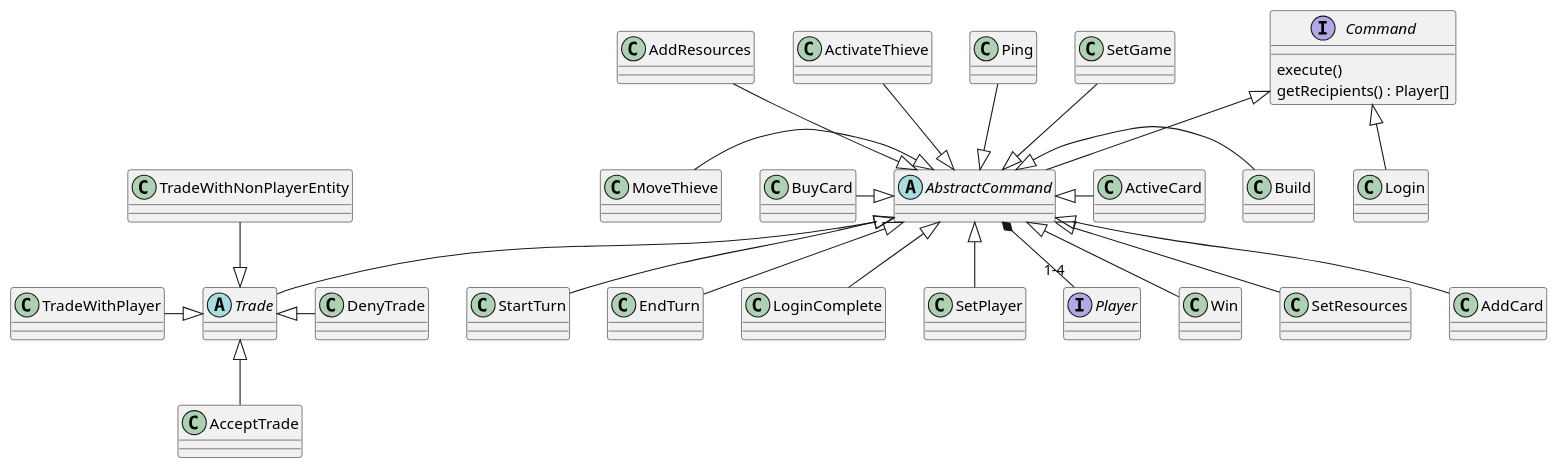
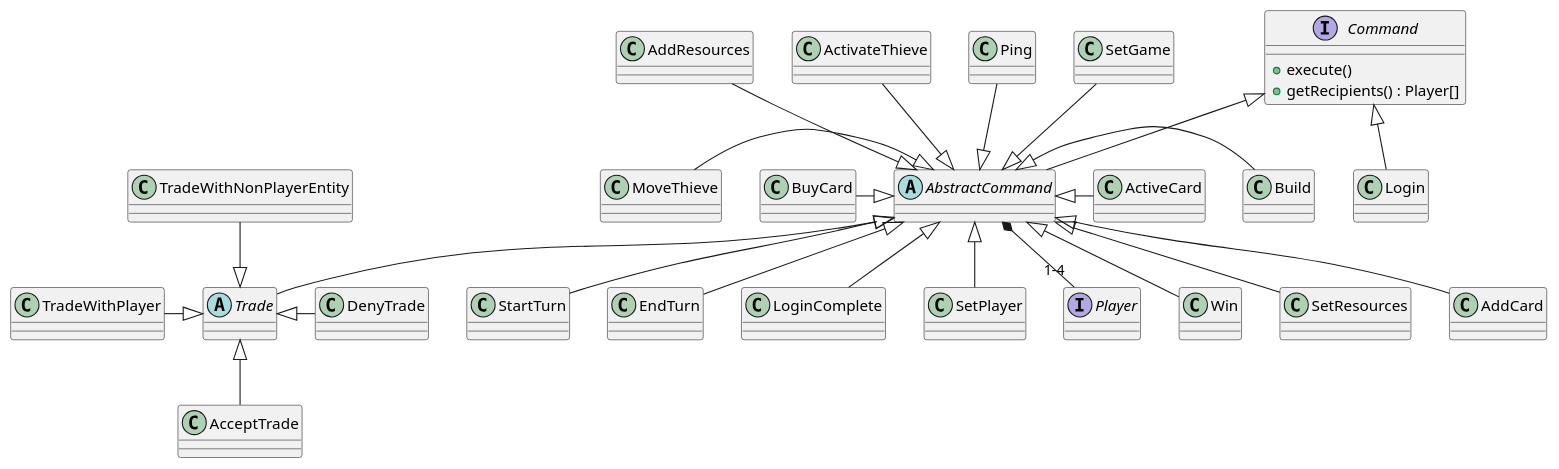
One commit to theray1/Les-Colons-De-Catane changed the diagram in catan-doc/modules/conception/pages/classDiagramCommands.plantuml. Above: the diagram before and after it, drawn with PlantUML. The commit also changed 4 other files, not shown here.

```diff
--- a/catan-doc/modules/conception/pages/classDiagramCommands.plantuml
+++ b/catan-doc/modules/conception/pages/classDiagramCommands.plantuml
@@ -1,57 +1,57 @@
 @startuml
   abstract Trade {}
   abstract AbstractCommand{}
   class TradeWithPlayer {}
   class TradeWithNonPlayerEntity {}
   class AcceptTrade {}
   class DenyTrade {}
   class BuyCard {}
   class MoveThieve {}
   class Build {}
   class ActiveCard {}
   class Ping {}
   class ActivateThieve {}
   class Win {}
   class SetResources{}
   class AddResources{}
   class AddCard{}
   class StartTurn{}
   class EndTurn{}
   class Login{}
   class LoginComplete{}
   class SetGame{}
   class SetPlayer{}
   
   interface Player{}
   
   interface Command{
-  	execute()
-  	getRecipients() : Player[]
+  	+execute()
+  	+getRecipients() : Player[]
   }
   
   Trade <|-left- TradeWithPlayer
   Trade <|-up- TradeWithNonPlayerEntity
   Trade <|-down- AcceptTrade
   Trade <|-right- DenyTrade
   
   Command <|-down- AbstractCommand
   Command <|-down- Login
   AbstractCommand <|-down- LoginComplete
   AbstractCommand <|-left- BuyCard
   AbstractCommand <|-left- MoveThieve
   AbstractCommand <|-right- Build
   AbstractCommand <|-right- ActiveCard
   AbstractCommand <|-up- SetGame
   AbstractCommand <|-up- Ping
   AbstractCommand <|-up- ActivateThieve
   AbstractCommand <|-up- AddResources
   AbstractCommand <|-down- AddCard
   AbstractCommand <|-down- Win
   AbstractCommand <|-down- SetResources
   AbstractCommand <|-down- SetPlayer
   AbstractCommand <|-- EndTurn
   AbstractCommand <|-- StartTurn
   AbstractCommand <|-- Trade
   
   AbstractCommand *-- "1-4" Player
 @enduml
```
